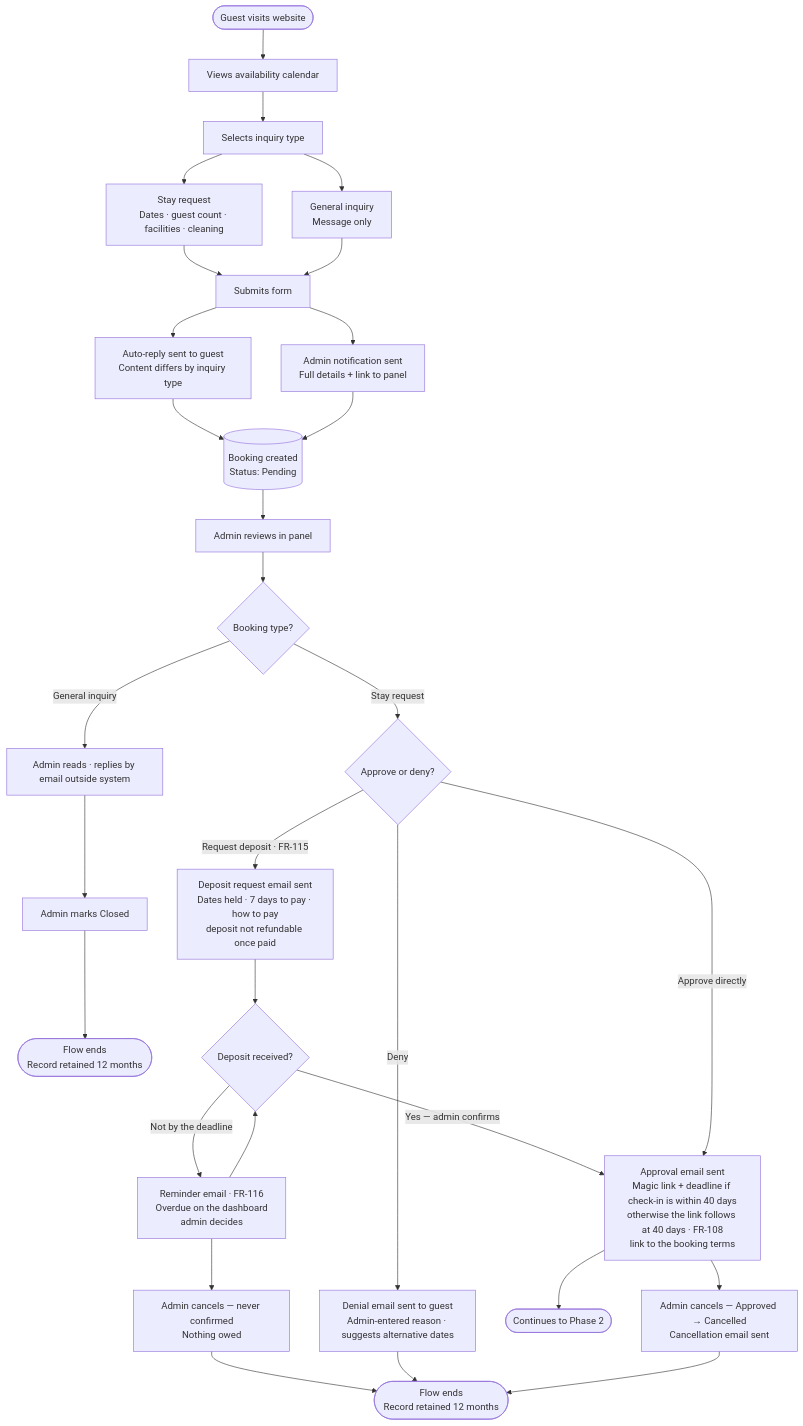
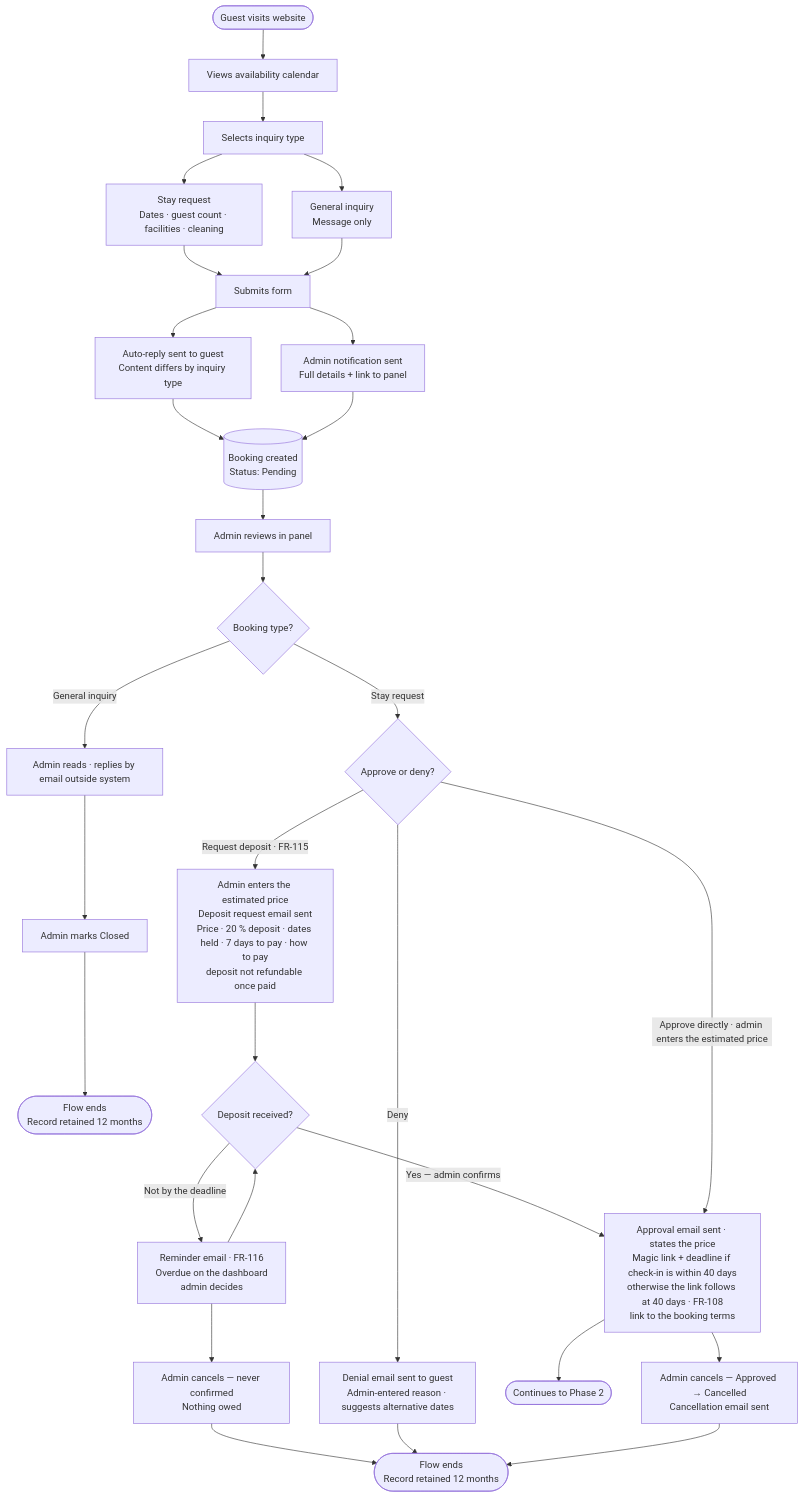
Before and after one commit to eliya-amanoeel/akerogarden: the first of 3 diagrams in docs/product/requirements.md, drawn with Mermaid. The commit also changed other lines of this file and 37 other files, not shown here.

Commit message:
Merge pull request 105 from feat/booking-price into main

````diff
--- a/docs/product/requirements.md
+++ b/docs/product/requirements.md
@@ -95,32 +95,32 @@
 ```mermaid
 flowchart TD
     A([Guest visits website]) --> B[Views availability calendar]
     B --> C[Selects inquiry type]
     C --> C1[Stay request\nDates · guest count · facilities · cleaning]
     C --> C2[General inquiry\nMessage only]
     C1 --> D[Submits form]
     C2 --> D
     D --> E[Auto-reply sent to guest\nContent differs by inquiry type]
     D --> F[Admin notification sent\nFull details + link to panel]
     E --> G[(Booking created\nStatus: Pending)]
     F --> G
     G --> H[Admin reviews in panel]
     H --> I{Booking type?}
     I -->|General inquiry| GI[Admin reads · replies by email outside system]
     GI --> GI2[Admin marks Closed]
     GI2 --> GI3([Flow ends\nRecord retained 12 months])
     I -->|Stay request| J{Approve or deny?}
     J -->|Deny| JD[Denial email sent to guest\nAdmin-entered reason · suggests alternative dates]
-    J -->|Request deposit · FR-115| DP[Deposit request email sent\nDates held · 7 days to pay · how to pay\ndeposit not refundable once paid]
+    J -->|Request deposit · FR-115| DP[Admin enters the estimated price\nDeposit request email sent\nPrice · 20 % deposit · dates held · 7 days to pay · how to pay\ndeposit not refundable once paid]
     DP --> DQ{Deposit received?}
     DQ -->|Yes — admin confirms| JA
     DQ -->|Not by the deadline| DR[Reminder email · FR-116\nOverdue on the dashboard\nadmin decides]
     DR --> DQ
     DR --> DX[Admin cancels — never confirmed\nNothing owed]
     DX --> L
-    J -->|Approve directly| JA[Approval email sent\nMagic link + deadline if check-in is within 40 days\notherwise the link follows at 40 days · FR-108\nlink to the booking terms]
+    J -->|Approve directly · admin enters the estimated price| JA[Approval email sent · states the price\nMagic link + deadline if check-in is within 40 days\notherwise the link follows at 40 days · FR-108\nlink to the booking terms]
     JD --> L([Flow ends\nRecord retained 12 months])
     JA --> M([Continues to Phase 2])
     JA --> N[Admin cancels — Approved → Cancelled\nCancellation email sent]
     N --> L
 ```
````
